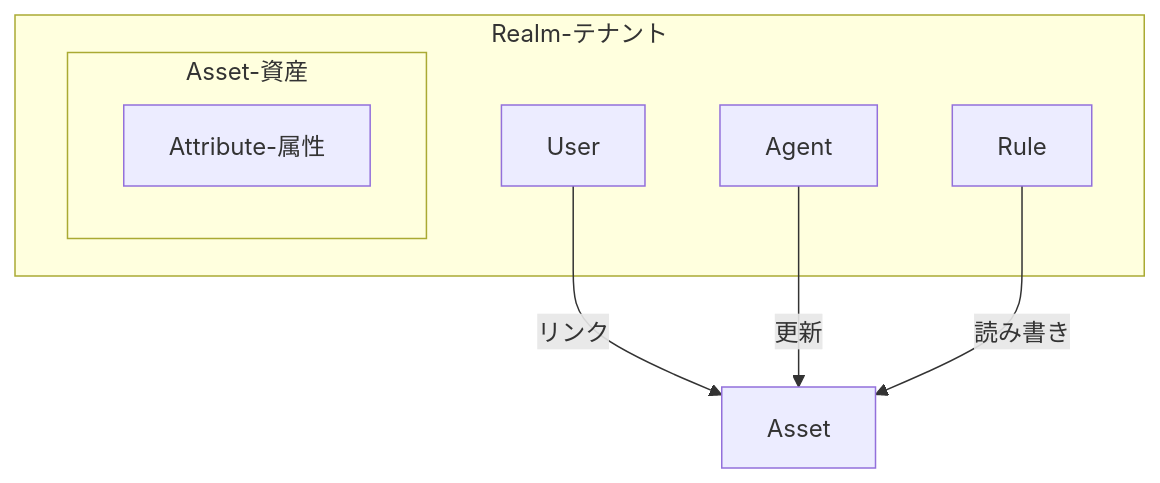
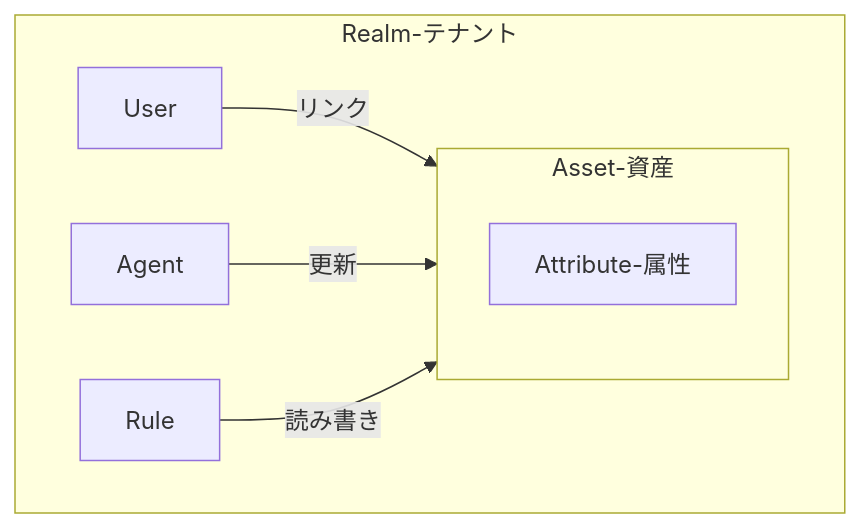
The fourth of 5 diagrams in articles/open_remote_20250821.md (suwa-sh/zenn-contents), drawn with Mermaid before and after one commit.

````diff
--- a/articles/open_remote_20250821.md
+++ b/articles/open_remote_20250821.md
@@ -161,15 +161,15 @@
 ```mermaid
 graph TD
     subgraph "Realm-テナント"
         User
         Rule
         Agent
-        subgraph "Asset-資産"
+        subgraph Asset["Asset-資産"]
             Attribute-属性
         end
     end
 
     User -- "リンク" --> Asset
     Agent -- "更新" --> Asset
     Rule -- "読み書き" --> Asset
 ```
````
